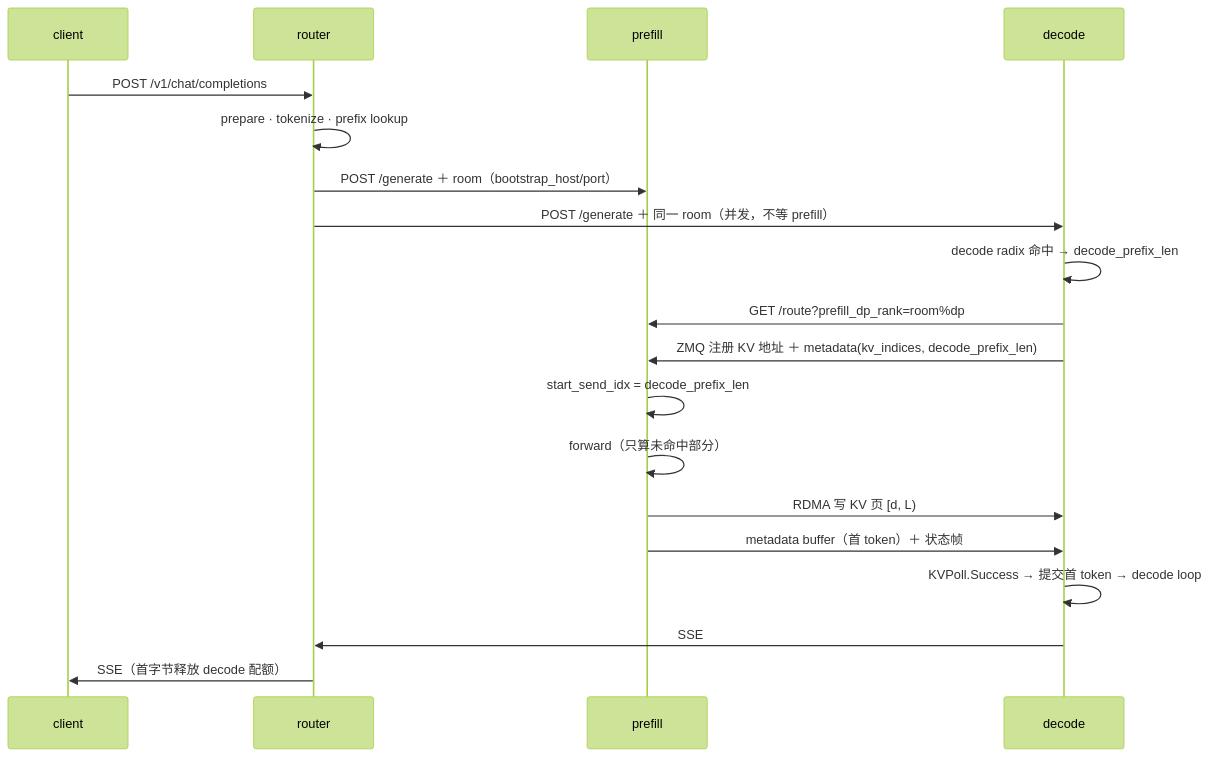
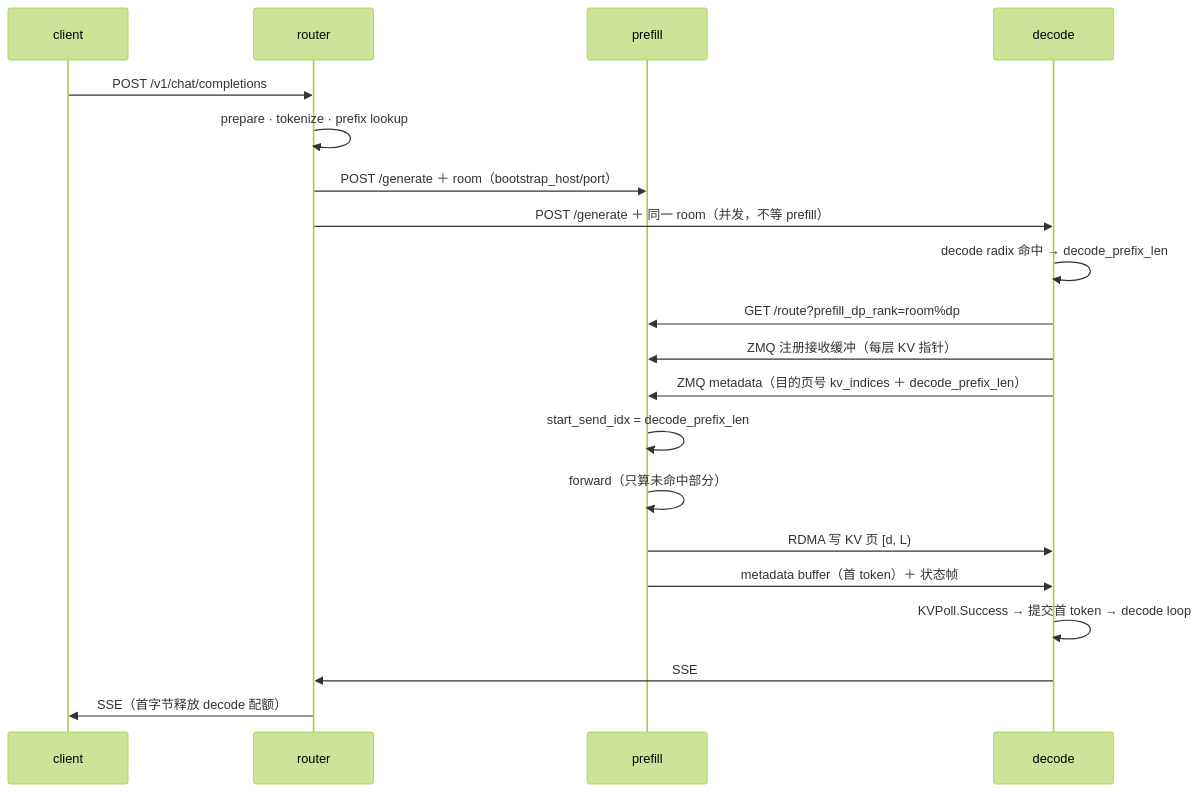
The diagram in inference-systems/sglang-router-pd-lifecycle/notes.md (qqtang-code/show-me), drawn with Mermaid (forest theme) before and after one commit. The commit also changed 2 other files, not shown here.

Commit message:
show-me: 重绘 PD 时序图，消除标签与箭头重叠

````diff
--- a/inference-systems/sglang-router-pd-lifecycle/notes.md
+++ b/inference-systems/sglang-router-pd-lifecycle/notes.md
@@ -68,21 +68,22 @@
 ```mermaid
 sequenceDiagram
     participant C as client
     participant R as router
     participant P as prefill
     participant D as decode
     C->>R: POST /v1/chat/completions
     R->>R: prepare · tokenize · prefix lookup
     R->>P: POST /generate ＋ room（bootstrap_host/port）
     R->>D: POST /generate ＋ 同一 room（并发，不等 prefill）
     D->>D: decode radix 命中 → decode_prefix_len
     D->>P: GET /route?prefill_dp_rank=room%dp
-    D->>P: ZMQ 注册 KV 地址 ＋ metadata(kv_indices, decode_prefix_len)
+    D->>P: ZMQ 注册接收缓冲（每层 KV 指针）
+    D->>P: ZMQ metadata（目的页号 kv_indices ＋ decode_prefix_len）
     P->>P: start_send_idx = decode_prefix_len
     P->>P: forward（只算未命中部分）
     P->>D: RDMA 写 KV 页 [d, L)
     P->>D: metadata buffer（首 token）＋ 状态帧
     D->>D: KVPoll.Success → 提交首 token → decode loop
     D->>R: SSE
     R->>C: SSE（首字节释放 decode 配额）
 ```
````
